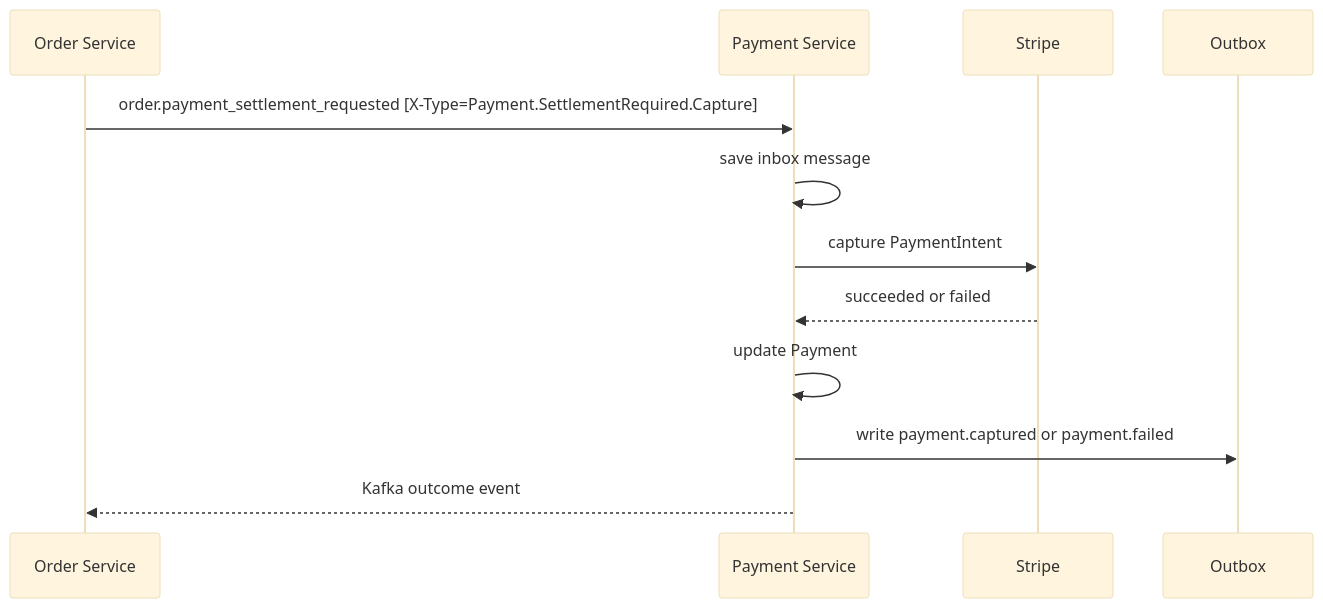
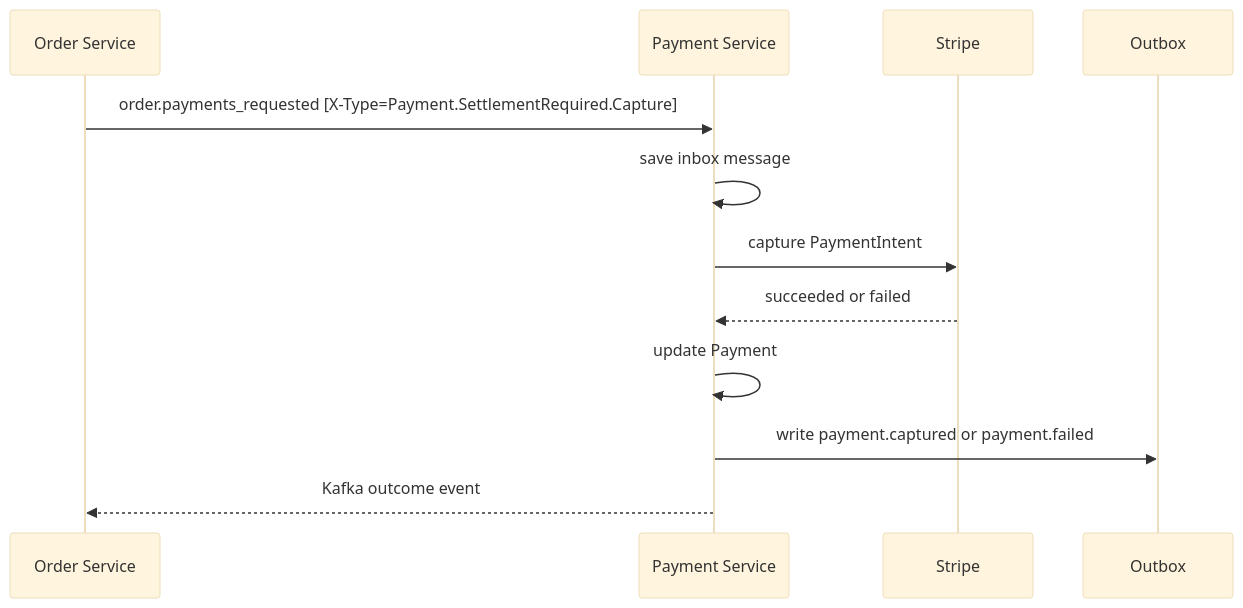
Before and after one commit to RallyDeals/rally-docs: the fourth of 6 diagrams in services docs/payment_service.md, drawn with Mermaid (base theme). The commit also changed other lines of this file, not shown here.

Commit message:
docs: rename payment topics for event flow

````diff
--- a/services docs/payment_service.md
+++ b/services docs/payment_service.md
@@ -613,15 +607,15 @@
 ```mermaid
 sequenceDiagram
     participant O as Order Service
     participant P as Payment Service
     participant S as Stripe
     participant X as Outbox
 
-    O->>P: order.payment_settlement_requested [X-Type=Payment.SettlementRequired.Capture]
+    O->>P: order.payments_requested [X-Type=Payment.SettlementRequired.Capture]
     P->>P: save inbox message
     P->>S: capture PaymentIntent
     S-->>P: succeeded or failed
     P->>P: update Payment
     P->>X: write payment.captured or payment.failed
     P-->>O: Kafka outcome event
 ```
````
